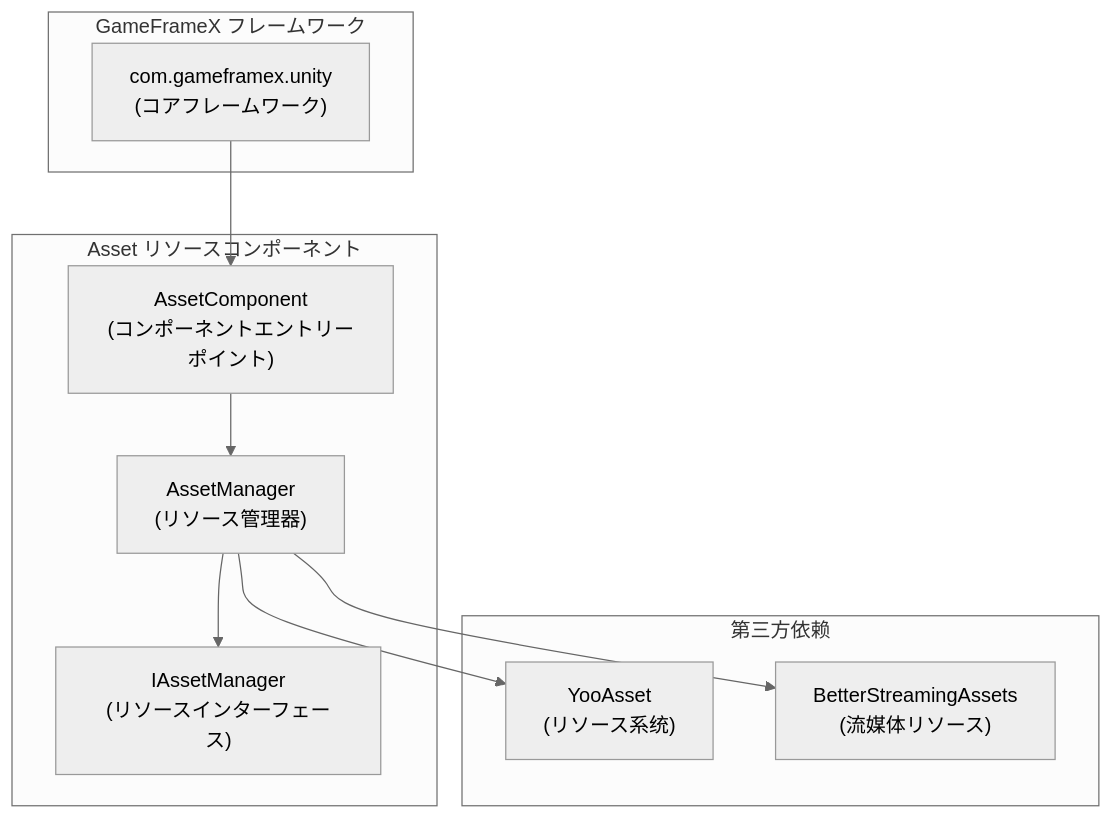
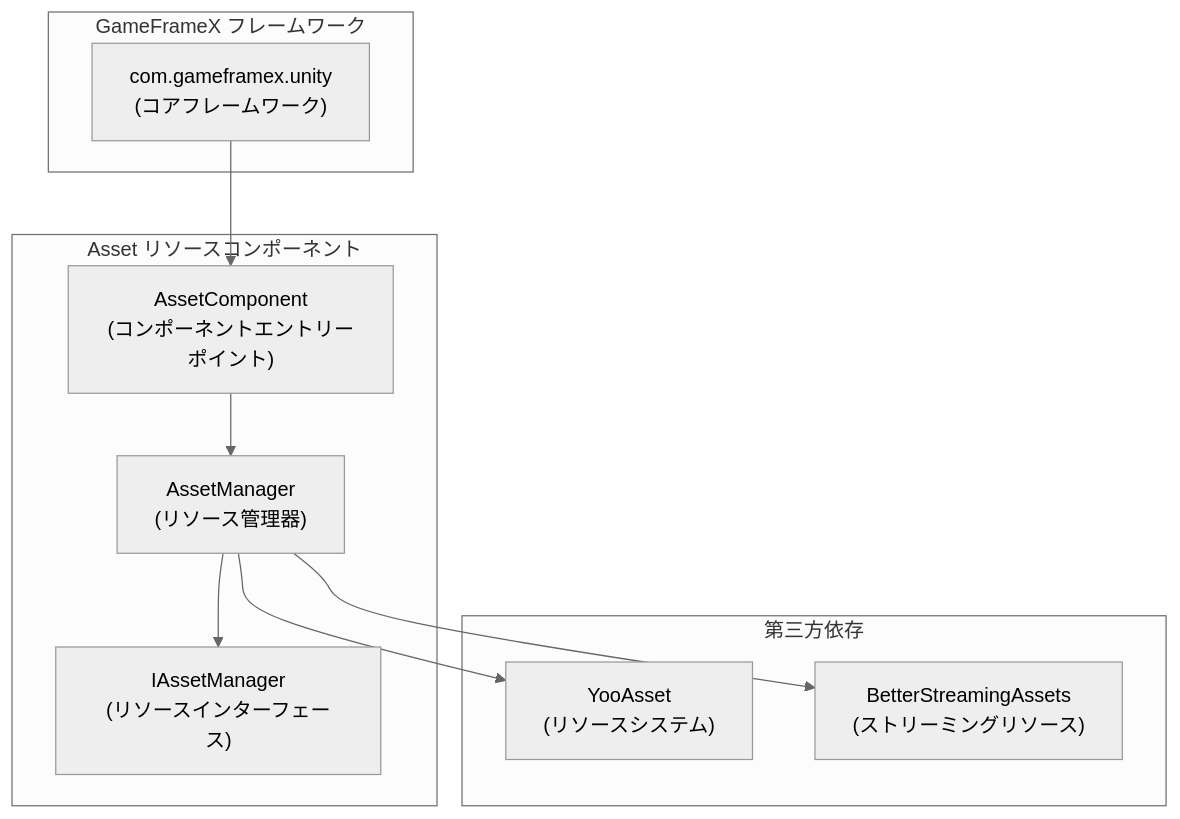
One commit to AlianBlank/GameFrameX.Docs changed the diagram in docs/ja/client/unity/component/asset/05.dependencies.md. Above: the diagram before and after it, drawn with Mermaid (neutral theme). The commit also changed other lines of this file and 320 other files, not shown here.

````diff
--- a/docs/ja/client/unity/component/asset/05.dependencies.md
+++ b/docs/ja/client/unity/component/asset/05.dependencies.md
@@ -43,23 +43,23 @@
 ```mermaid
 flowchart TD
     subgraph GameFrameX["GameFrameX フレームワーク"]
         Core["com.gameframex.unity<br/>(コアフレームワーク)"]
     end
 
     subgraph AssetComponent["Asset リソースコンポーネント"]
         AC["AssetComponent<br/>(コンポーネントエントリーポイント)"]
         AM["AssetManager<br/>(リソース管理器)"]
         IAM["IAssetManager<br/>(リソースインターフェース)"]
     end
 
-    subgraph External["第三方依赖"]
-        YA["YooAsset<br/>(リソース系统)"]
-        BSA["BetterStreamingAssets<br/>(流媒体リソース)"]
+    subgraph External["第三方依存"]
+        YA["YooAsset<br/>(リソースシステム)"]
+        BSA["BetterStreamingAssets<br/>(ストリーミングリソース)"]
     end
 
     Core --> AC
     AC --> AM
     AM --> IAM
     AM --> YA
     AM --> BSA
 ```
````
